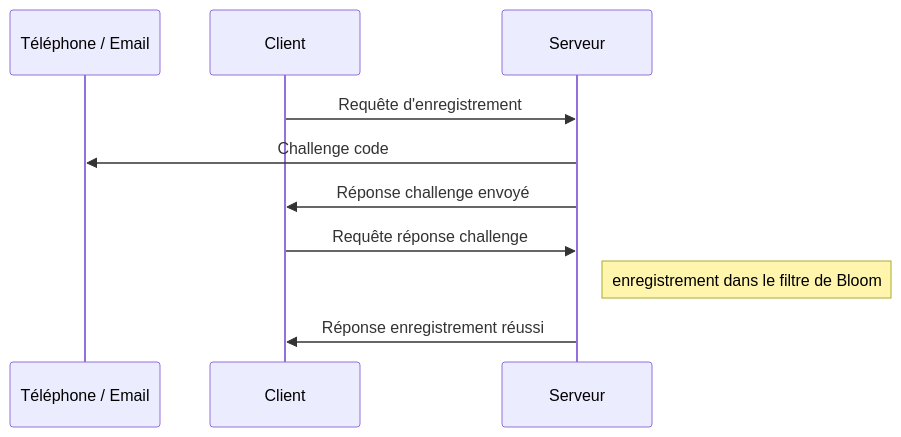
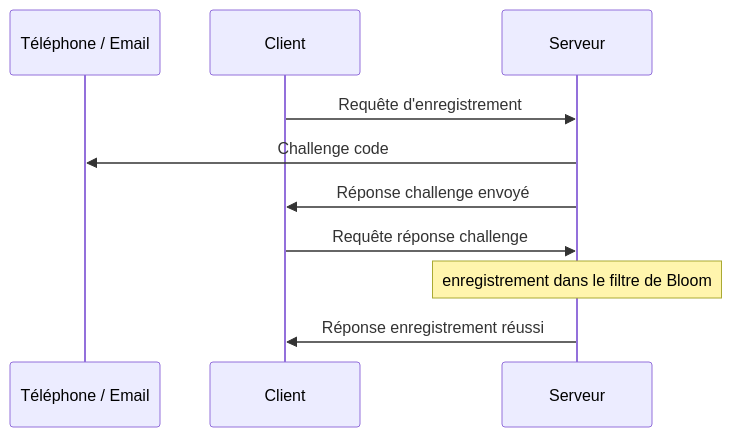
Before and after one commit to Relex12/Decentralized-Password-Manager: the first of 2 diagrams in readme/03-FR-specifications.md, drawn with Mermaid. The commit also changed other lines of this file, not shown here.

Commit message:
specifications: add redimensionnement filtre Bloom, partage coffre entre clients, start création clé partagée

````diff
--- a/readme/03-FR-specifications.md
+++ b/readme/03-FR-specifications.md
@@ -45,12 +47,12 @@
 ```mermaid
 sequenceDiagram
 	participant TE as Téléphone / Email
 	participant C as Client
 	participant S as Serveur
 	C ->> S: Requête d'enregistrement
 	S ->> TE: Challenge code
 	S ->> C: Réponse challenge envoyé
 	C ->> S: Requête réponse challenge
-	Note right of S: enregistrement dans le filtre de Bloom
+	Note over S: enregistrement dans le filtre de Bloom
 	S ->> C: Réponse enregistrement réussi
 ```
````
